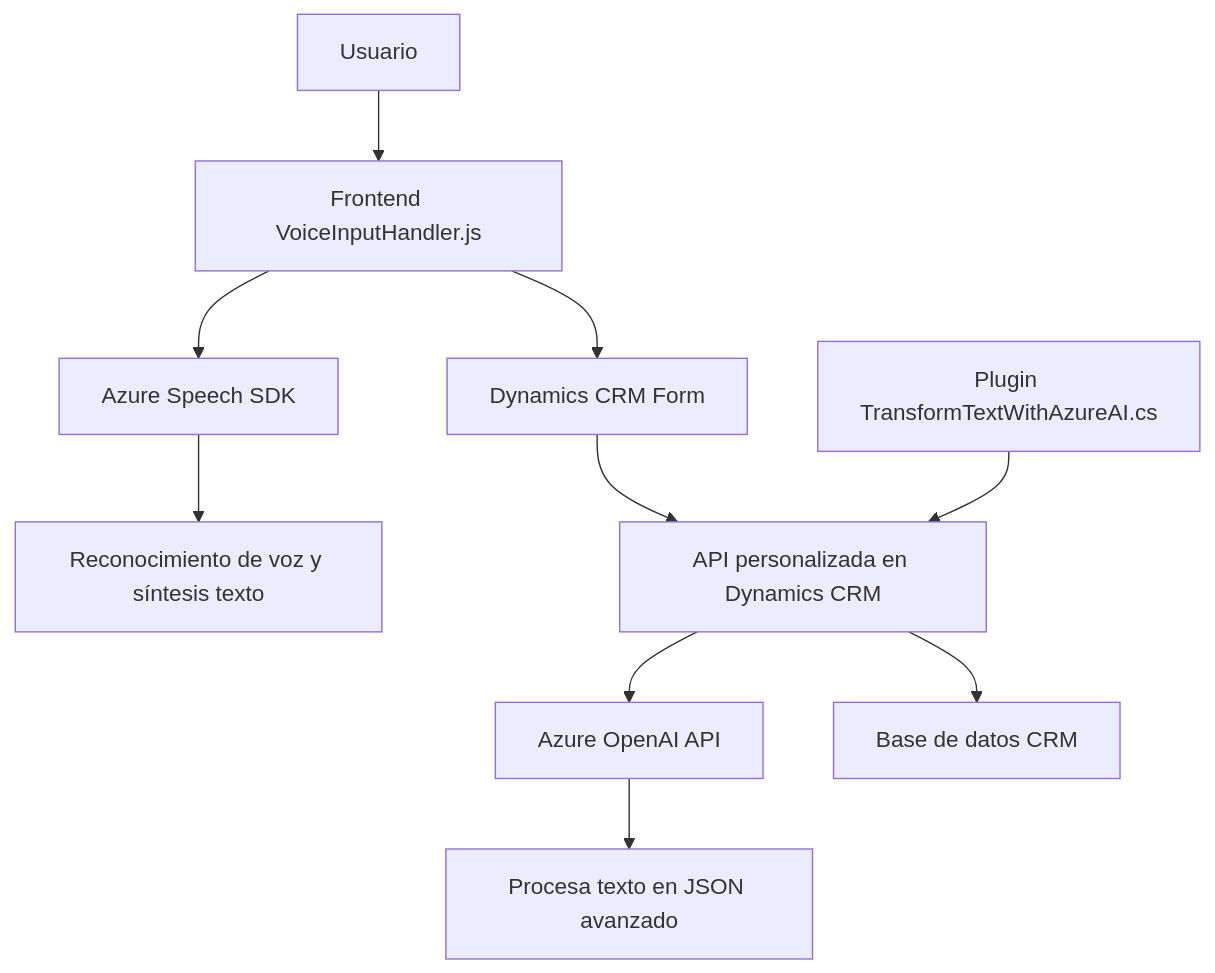
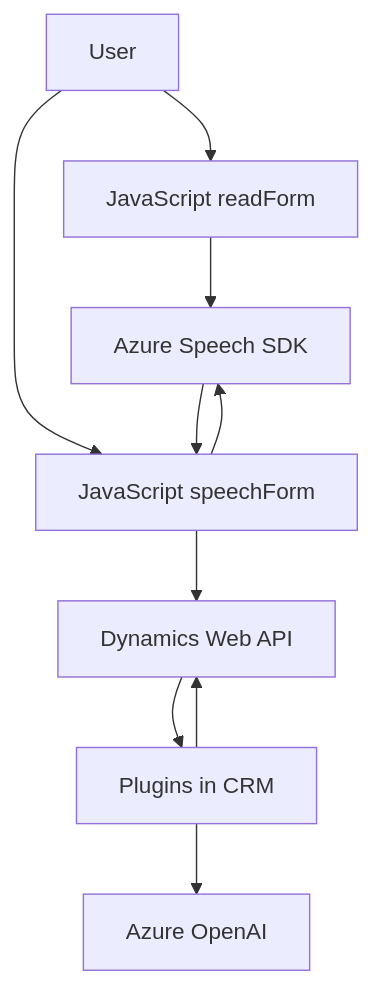
The diagram in README.md (blopezdm/NETCORE_BILBAO2025), drawn with Mermaid before and after one commit. The commit also changed other lines of this file, not shown here.

````diff
--- a/README.md
+++ b/README.md
@@ -37,13 +47,20 @@
 ```mermaid
 graph TD
-    A["Usuario"] --> B["Frontend VoiceInputHandler.js"]
-    B --> C["Azure Speech SDK"]
-    C --> D["Reconocimiento de voz y síntesis texto"]
-    B --> E["Dynamics CRM Form"]
-    E --> F["API personalizada en Dynamics CRM"]
+    A["User"]
+    B["JavaScript readForm"]
+    C["JavaScript speechForm"]
+    D["Plugins in CRM"]
+    E["Azure OpenAI"]
+    F["Azure Speech SDK"]
+    G["Dynamics Web API"]
 
-    G["Plugin TransformTextWithAzureAI.cs"] --> F
-    F --> H["Azure OpenAI API"]
-    H --> I["Procesa texto en JSON avanzado"]
-    F --> J["Base de datos CRM"]
+    A --> B
+    A --> C
+    B --> F
+    C --> F
+    C --> G
+    D --> E
+    D --> G
+    G --> D
+    F --> C
 ```
````
